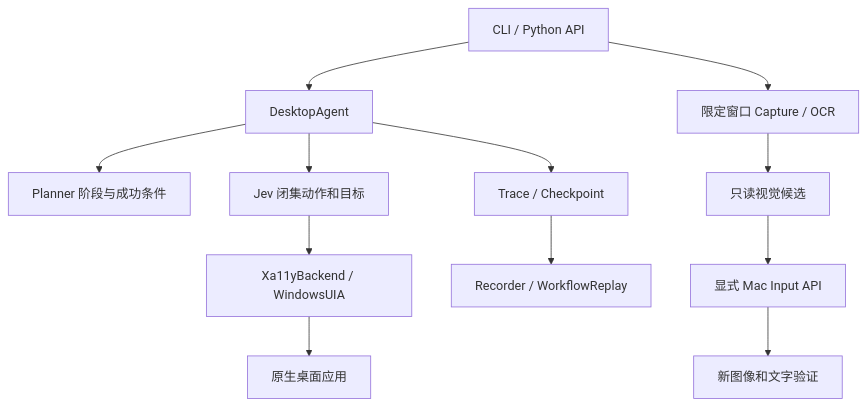
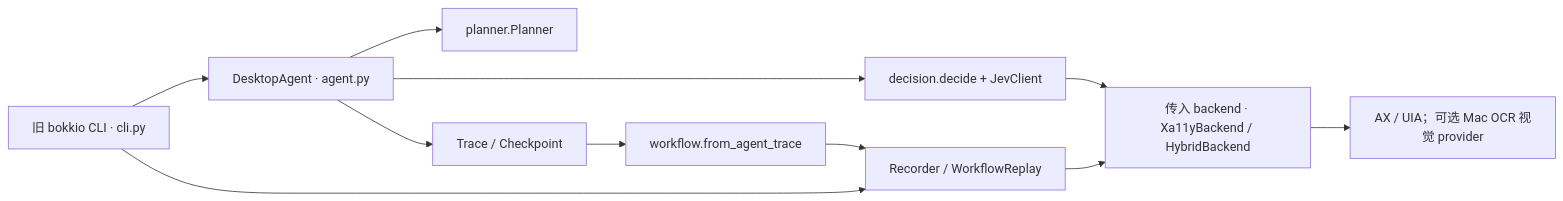
Before and after one commit to YeohsCode/Bokkio: the second of 2 diagrams in wiki/summaries/architecture-map.md, drawn with Mermaid. The commit also changed other lines of this file and 66 other files, not shown here.

````diff
--- a/wiki/summaries/architecture-map.md
+++ b/wiki/summaries/architecture-map.md
@@ -15,14 +70,13 @@
 ```mermaid
-flowchart TD
-    CLI[CLI / Python API] --> Agent[DesktopAgent]
-    Agent --> Plan[Planner 阶段与成功条件]
-    Agent --> Jev[Jev 闭集动作和目标]
-    Jev --> Runtime[Xa11yBackend / WindowsUIA]
-    Runtime --> OS[原生桌面应用]
-    Agent --> Trace[Trace / Checkpoint]
-    Trace --> Workflow[Recorder / WorkflowReplay]
-    CLI --> Capture[限定窗口 Capture / OCR]
-    Capture --> Candidate[只读视觉候选]
-    Candidate --> Input[显式 Mac Input API]
-    Input --> Verify[新图像和文字验证]
+flowchart LR
+    Legacy["旧 bokkio CLI · cli.py"] --> Agent["DesktopAgent · agent.py"]
+    Agent --> Plan["planner.Planner"]
+    Agent --> Decision["decision.decide + JevClient"]
+    Decision --> Backend["传入 backend · Xa11yBackend / HybridBackend"]
+    Agent --> Trace["Trace / Checkpoint"]
+    Legacy --> WF["Recorder / WorkflowReplay"]
+    Trace --> Compile["workflow.from_agent_trace"]
+    Compile --> WF
+    WF --> Backend
+    Backend --> OS["AX / UIA；可选 Mac OCR 视觉 provider"]
 ```
````
